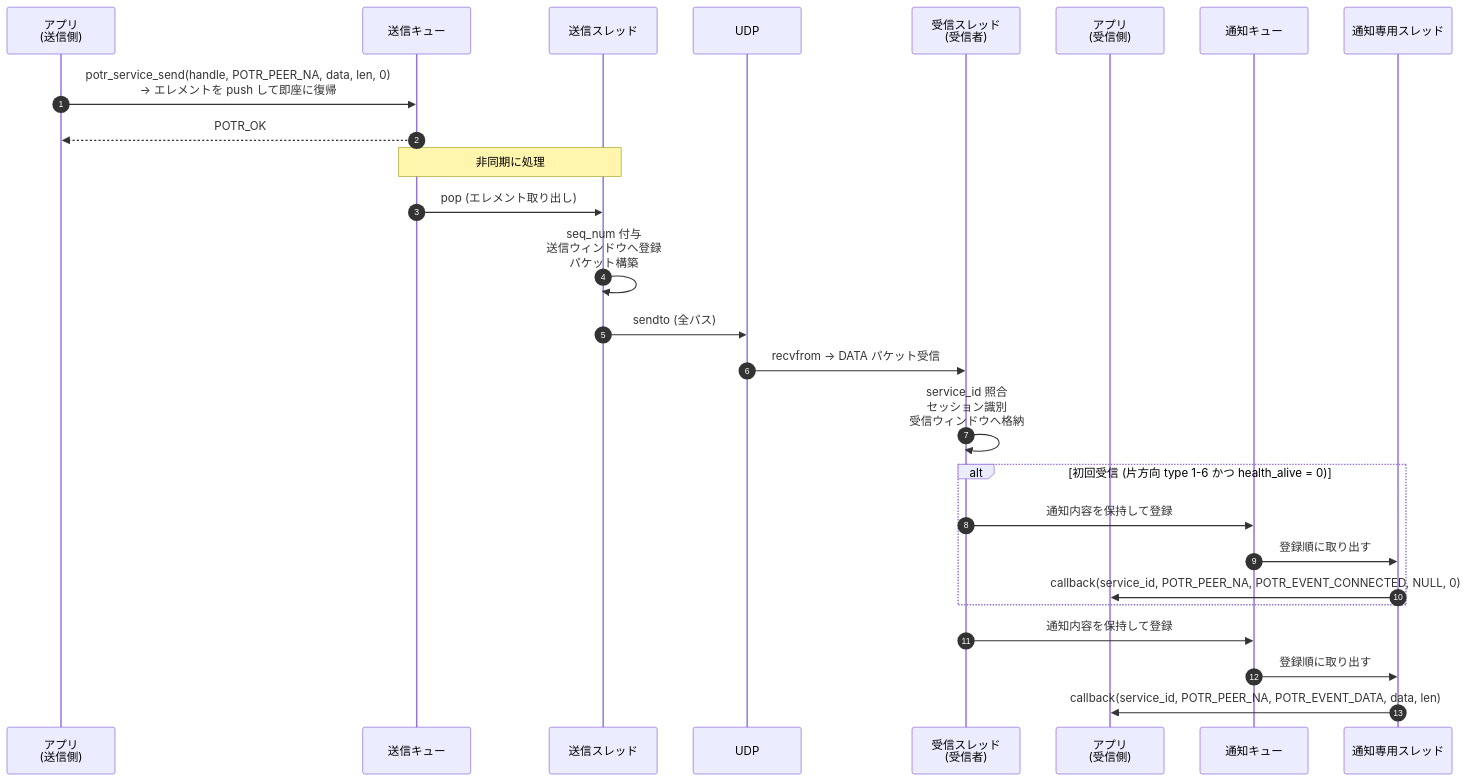
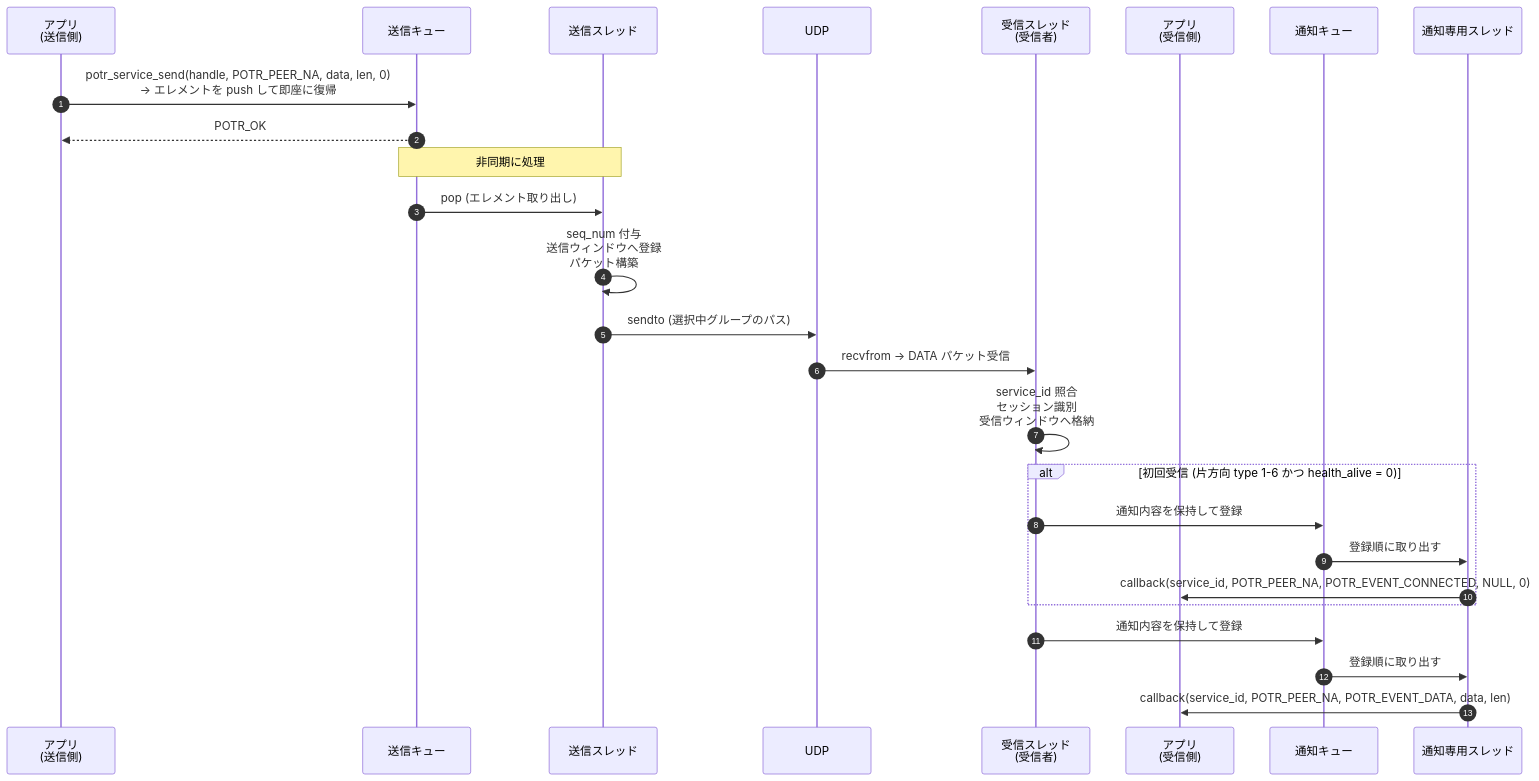
Before and after one commit to Hondarer/app_porter: the first of 10 diagrams in docs/sequence-data.md, drawn with Mermaid. The commit also changed other lines of this file and 170 other files, not shown here.

````diff
--- a/docs/sequence-data.md
+++ b/docs/sequence-data.md
@@ -9,34 +9,34 @@
 ```mermaid
 sequenceDiagram
     autonumber
     participant SAPP as アプリ<br>(送信側)
     participant Q as 送信キュー
     participant ST as 送信スレッド
     participant UDP as UDP
     participant RRT as 受信スレッド<br>(受信者)
     participant RAPP as アプリ<br>(受信側)
     participant NQ as 通知キュー
     participant NT as 通知専用スレッド
 
     SAPP->>Q: potr_service_send(handle, POTR_PEER_NA, data, len, 0)<br>→ エレメントを push して即座に復帰
     Q-->>SAPP: POTR_OK
 
     Note over Q, ST: 非同期に処理
 
     Q->>ST: pop (エレメント取り出し)
     ST->>ST: seq_num 付与<br>送信ウィンドウへ登録<br>パケット構築
-    ST->>UDP: sendto (全パス)
+    ST->>UDP: sendto (選択中グループのパス)
 
     UDP->>RRT: recvfrom → DATA パケット受信
     RRT->>RRT: service_id 照合<br>セッション識別<br>受信ウィンドウへ格納
 
     alt 初回受信 (片方向 type 1-6 かつ health_alive = 0)
         RRT->>NQ: 通知内容を保持して登録
         NQ->>NT: 登録順に取り出す
         NT->>RAPP: callback(service_id, POTR_PEER_NA, POTR_EVENT_CONNECTED, NULL, 0)
     end
 
     RRT->>NQ: 通知内容を保持して登録
     NQ->>NT: 登録順に取り出す
     NT->>RAPP: callback(service_id, POTR_PEER_NA, POTR_EVENT_DATA, data, len)
 ```
````
